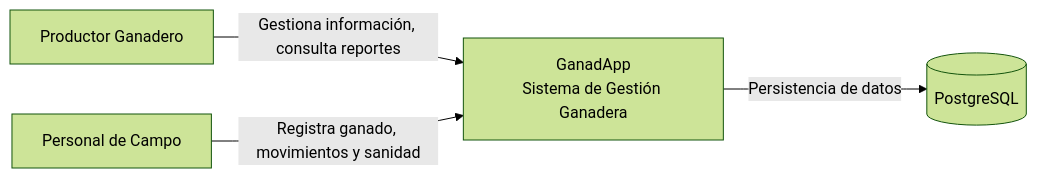
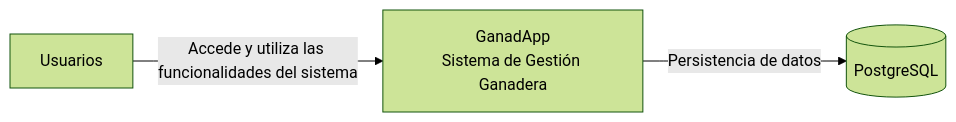
Before and after one commit to IES9018/agustinagnz-proyecto-ganadero: the diagram in docs/arquitectura/C4-contexto.md, drawn with Mermaid (forest theme). The commit also changed other lines of this file, not shown here.

Commit message:
docs(architecture): actualizar diagrama C4 de contexto

````diff
--- a/docs/arquitectura/C4-contexto.md
+++ b/docs/arquitectura/C4-contexto.md
@@ -3,15 +5,12 @@
 ```mermaid
 flowchart LR
-    GA[GanadApp\nSistema de Gestión Ganadera]
+     U[Usuarios]
 
-    P[Productor Ganadero]
-    PC[Personal de Campo]
-
-    P -->|Gestiona información, consulta reportes| GA
-    PC -->|Registra ganado, movimientos y sanidad| GA
+    GA[GanadApp<br/>Sistema de Gestión Ganadera]
 
     DB[(PostgreSQL)]
 
+    U -->|Accede y utiliza las funcionalidades del sistema| GA
     GA -->|Persistencia de datos| DB
 
 ```
````
